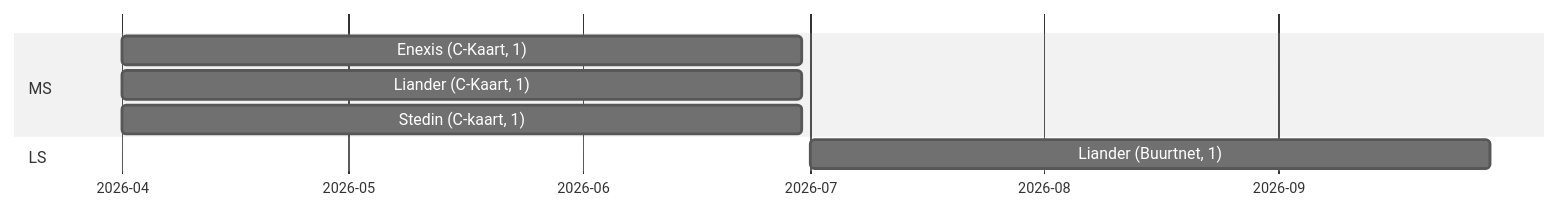
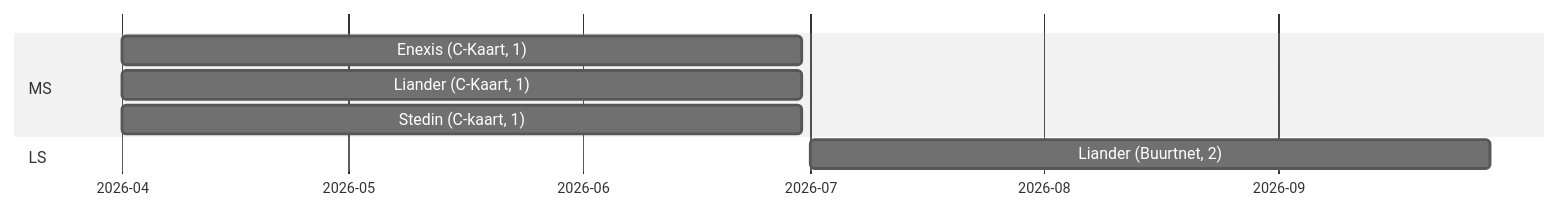
One commit to Netbeheer-Nederland/presentations changed the fifth of 5 diagrams in presentatie_profile_group-20250113/index.adoc. Above: the diagram before and after it, drawn with Mermaid. The commit also changed other lines of this file, not shown here.

```diff
--- a/presentatie_profile_group-20250113/index.adoc
+++ b/presentatie_profile_group-20250113/index.adoc
@@ -154,15 +157,15 @@
 [mermaid]
 ----
 %%{init: {"theme":"neutral"}}%%
 gantt
     dateFormat  YYYY-MM-DD
     axisFormat  %Y-%m
 
     section MS
     Enexis (C-Kaart, 1) :2026-04-01, 90d
     Liander (C-Kaart, 1) :2026-04-01, 90d
     Stedin (C-kaart, 1) :2026-04-01, 90d
 
     section LS
-    Liander (Buurtnet, 1) :2026-07-01, 90d
+    Liander (Buurtnet, 2) :2026-07-01, 90d
 ----
```
